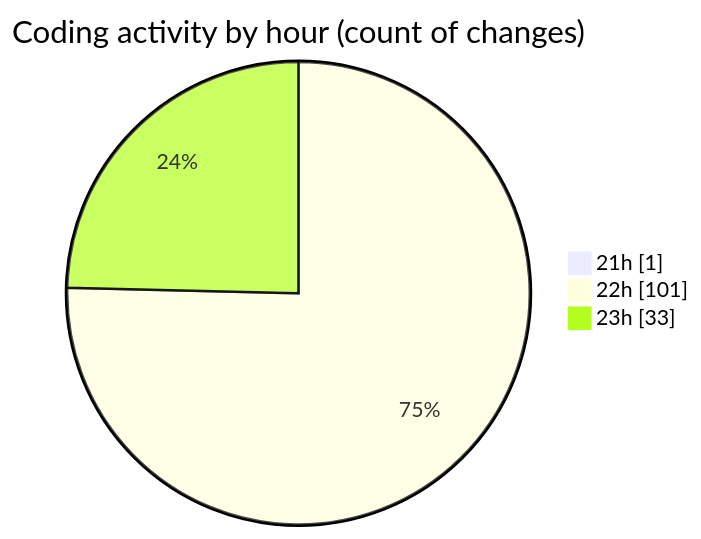
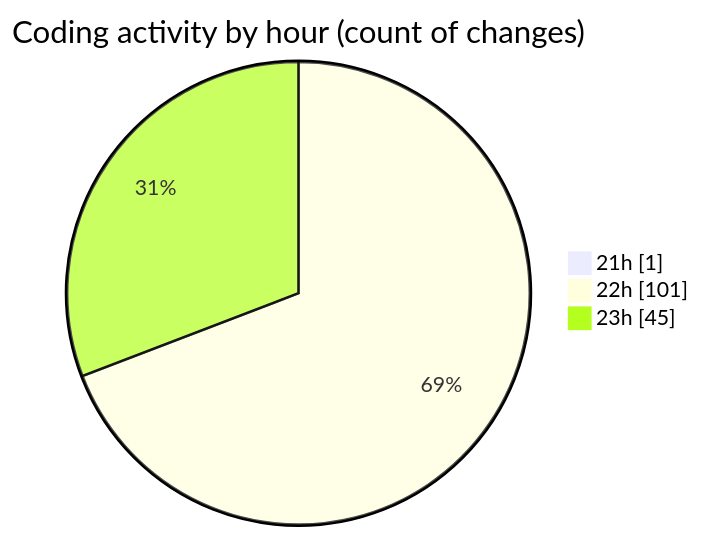
Before and after one commit to Unknowalive/code-tracking: the second of 2 diagrams in 2026-04-07/t2s/README.md, drawn with Mermaid. The commit also changed other lines of this file and 1 other file, not shown here.

````diff
--- a/2026-04-07/t2s/README.md
+++ b/2026-04-07/t2s/README.md
@@ -107,7 +113,7 @@
 ```mermaid
 pie showData
 title Coding activity by hour (count of changes)
 "21h" : 1
 "22h" : 101
-"23h" : 33
+"23h" : 45
 ```
````
